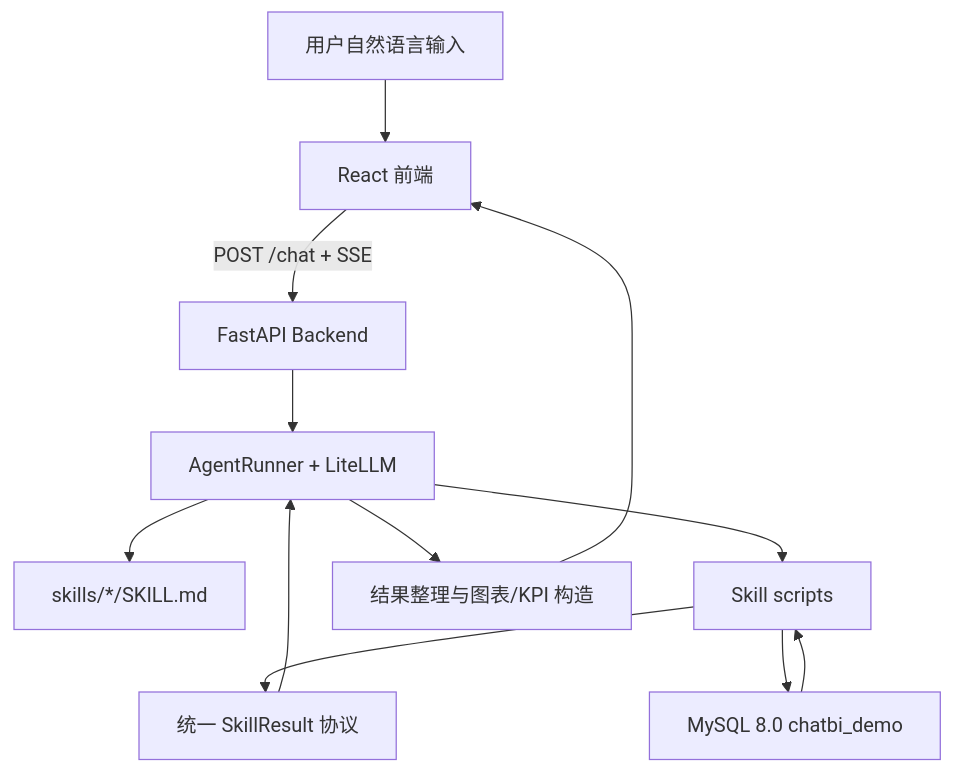
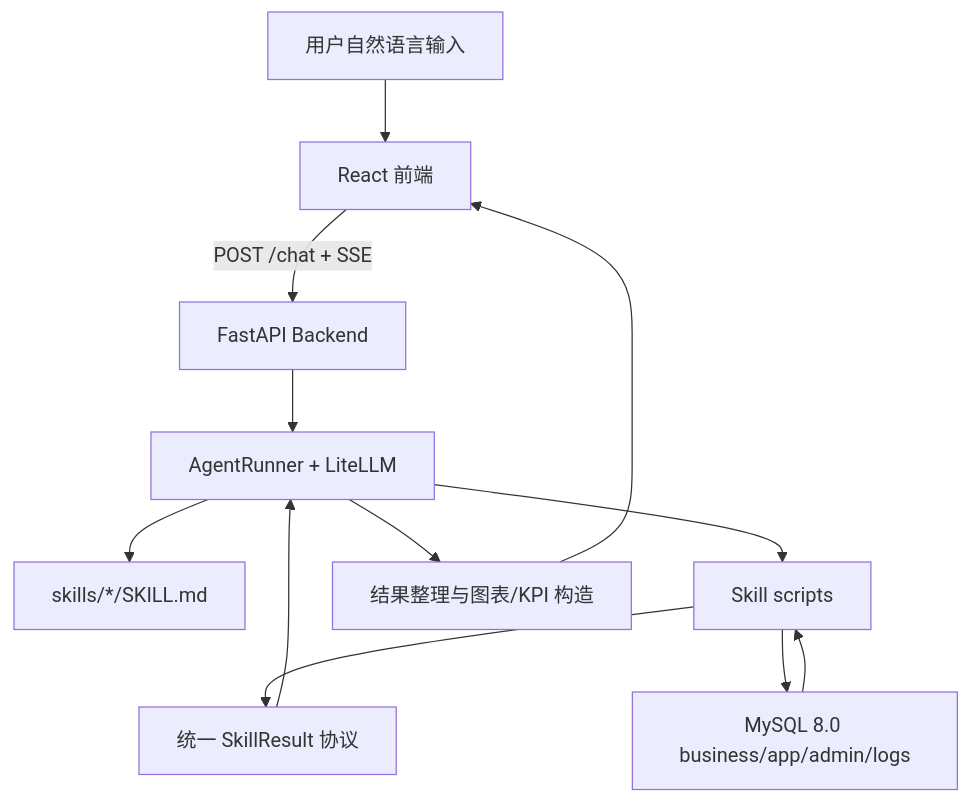
Before and after one commit to secary/chat-bi: the diagram in docs/architecture/README.md, drawn with Mermaid. The commit also changed other lines of this file and 16 other files, not shown here.

Commit message:
schema:split database (#10)

````diff
--- a/docs/architecture/README.md
+++ b/docs/architecture/README.md
@@ -4,14 +4,14 @@
 ```mermaid
 flowchart TD
     user["用户自然语言输入"] --> frontend["React 前端"]
     frontend -->|"POST /chat + SSE"| backend["FastAPI Backend"]
     backend --> agent["AgentRunner + LiteLLM"]
     agent --> skillDocs["skills/*/SKILL.md"]
     agent --> scripts["Skill scripts"]
     scripts --> skillResult["统一 SkillResult 协议"]
-    scripts --> mysql["MySQL 8.0 chatbi_demo"]
+    scripts --> mysql["MySQL 8.0 business/app/admin/logs"]
     mysql --> scripts
     skillResult --> agent
     agent --> renderers["结果整理与图表/KPI 构造"]
     renderers --> frontend
 ```
````
